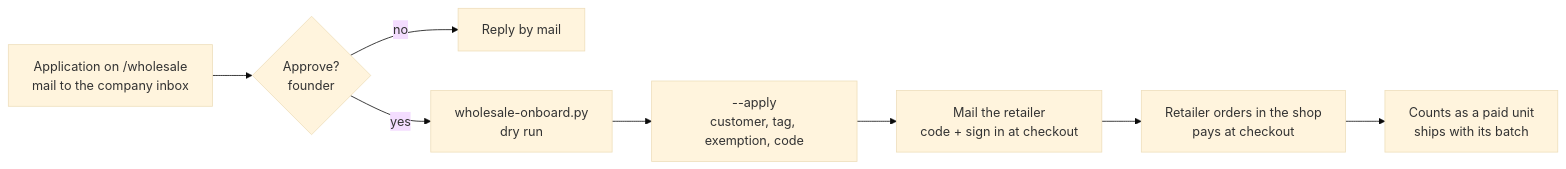
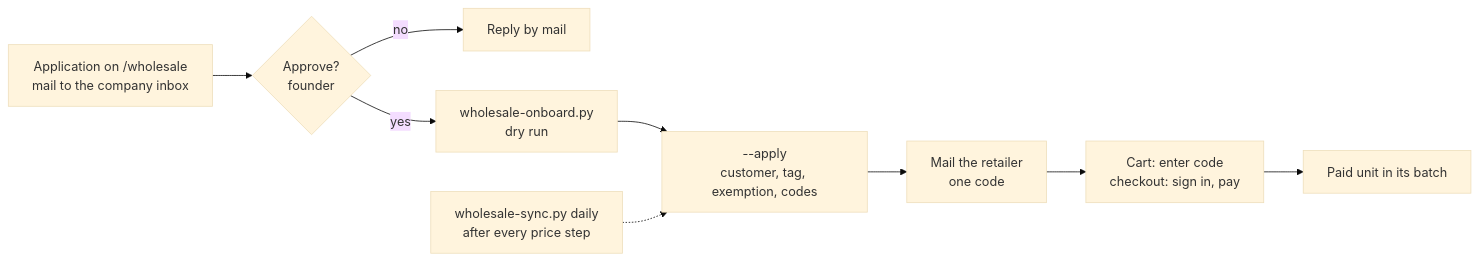
One commit to OpenDrone-hw/OpenDrone-Web changed the diagram in docs/wholesale.md. Above: the diagram before and after it, drawn with Mermaid (base theme). The commit also changed other lines of this file and 12 other files, not shown here.

Commit message:
feat: retail-based wholesale codes per price group, cart code field, sync script

````diff
--- a/docs/wholesale.md
+++ b/docs/wholesale.md
@@ -5,10 +5,11 @@
 ```mermaid
 flowchart LR
   A["Application on /wholesale<br/>mail to the company inbox"] --> B{"Approve?<br/>founder"}
   B -->|no| X["Reply by mail"]
   B -->|yes| C["wholesale-onboard.py<br/>dry run"]
-  C --> D["--apply<br/>customer, tag, exemption, code"]
-  D --> E["Mail the retailer<br/>code + sign in at checkout"]
-  E --> F["Retailer orders in the shop<br/>pays at checkout"]
-  F --> G["Counts as a paid unit<br/>ships with its batch"]
+  C --> D["--apply<br/>customer, tag, exemption, codes"]
+  D --> E["Mail the retailer<br/>one code"]
+  E --> F["Cart: enter code<br/>checkout: sign in, pay"]
+  F --> G["Paid unit in its batch"]
+  S["wholesale-sync.py daily<br/>after every price step"] -.-> D
 ```
````
